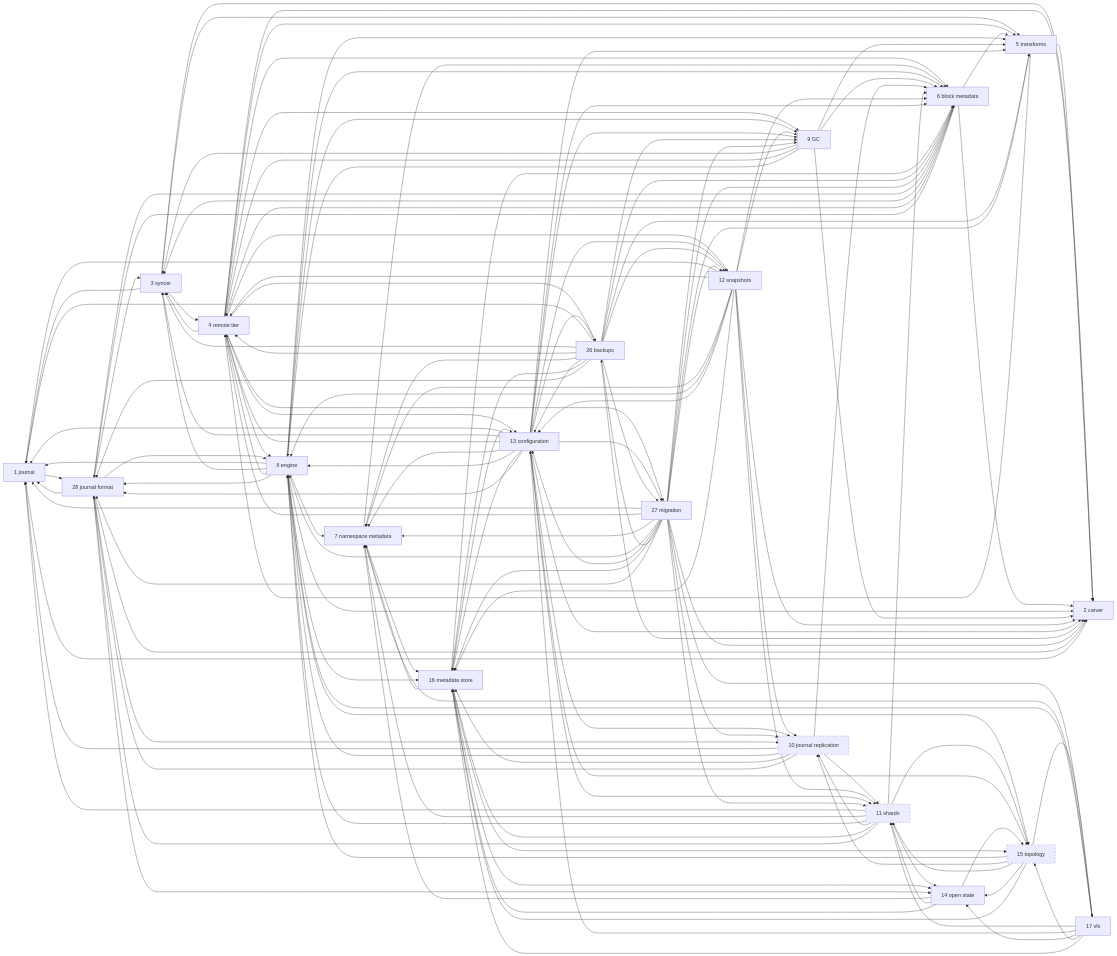
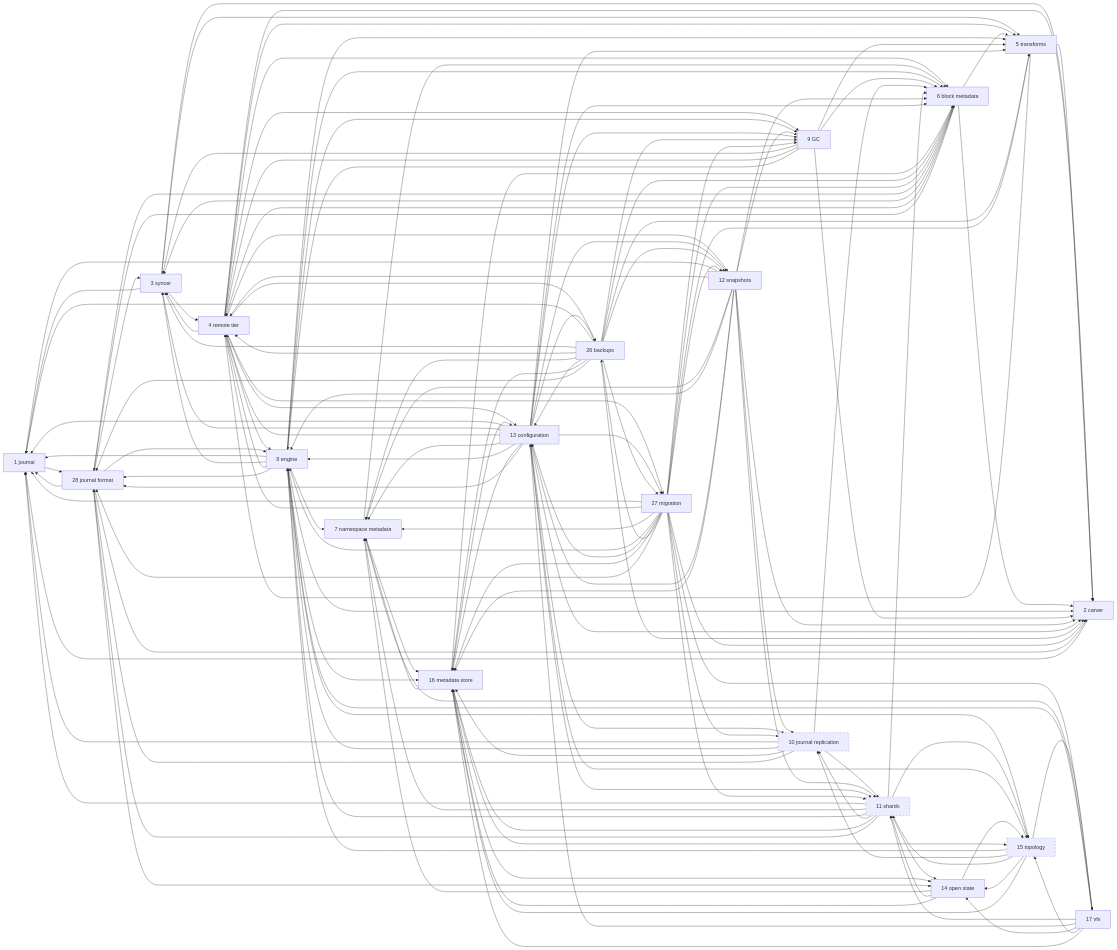
One commit to marmos91/dittofs changed the diagram in docs/internals/rfcs/rfc-index.md. Above: the diagram before and after it, drawn with Mermaid. The commit also changed other lines of this file and 21 other files, not shown here.

````diff
--- a/docs/internals/rfcs/rfc-index.md
+++ b/docs/internals/rfcs/rfc-index.md
@@ -72,26 +72,26 @@
 ```mermaid
 graph LR
   R1["1 journal"] --> R28
   R2["2 carver"] --> R1
   R3["3 syncer"] --> R1 & R2 & R4 & R5
   R4["4 remote tier"] --> R2 & R3 & R5 & R6 & R8 & R9 & R12 & R13 & R26 & R27
   R5["5 transforms"] --> R2 & R4
   R6["6 block metadata"] --> R2 & R3 & R4 & R5 & R28
   R7["7 namespace metadata"] --> R6 & R16
   R8["8 engine"] --> R1 & R2 & R3 & R4 & R5 & R6 & R7 & R9 & R15 & R16 & R28
   R9["9 GC"] --> R2 & R3 & R4 & R5 & R6 & R8
   R10["10 journal replication"] --> R1 & R6 & R8 & R11 & R16 & R28
   R11["11 shards"] --> R1 & R6 & R7 & R8 & R10 & R14 & R15 & R16 & R28
   R12["12 snapshots"] --> R1 & R2 & R4 & R6 & R7 & R8 & R9 & R10 & R11 & R13 & R16
   R13["13 configuration"] --> R1 & R2 & R3 & R4 & R5 & R6 & R7 & R8 & R9 & R10 & R11 & R12 & R15 & R16 & R26 & R27 & R28
   R14["14 open state"] --> R7 & R11 & R15 & R16
   R15["15 topology"] --> R8 & R10 & R11 & R14 & R16 & R17
   R16["16 metadata store"] --> R6 & R7 & R13 & R14 & R15
   R17["17 vfs"] --> R7 & R8 & R11 & R13 & R14 & R15 & R16
   R26["26 backups"] --> R1 & R2 & R3 & R4 & R5 & R6 & R7 & R9 & R12 & R13 & R16 & R27 & R28
   R27["27 migration"] --> R1 & R2 & R4 & R5 & R6 & R7 & R8 & R9 & R10 & R11 & R12 & R13 & R16 & R17 & R26 & R28
-  R28["28 journal format"] --> R1 & R2 & R3 & R6 & R8 & R10 & R14
+  R28["28 journal format"] --> R1 & R2 & R3 & R6 & R8 & R14
   style R10 stroke-dasharray: 5 5
   style R11 stroke-dasharray: 5 5
   style R15 stroke-dasharray: 5 5
 ```
````
